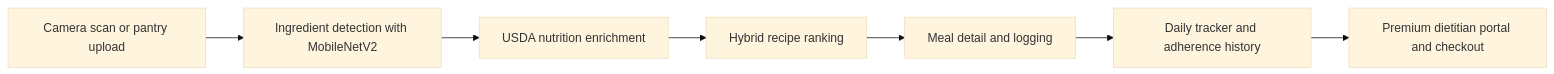
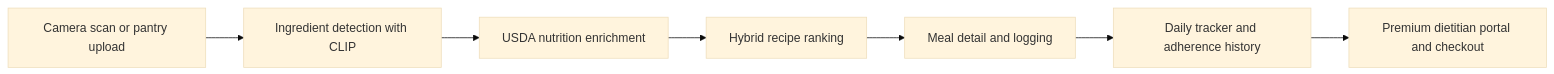
Before and after one commit to adityatiwari9t8/nutrisync: the diagram in README.md, drawn with Mermaid (base theme). The commit also changed other lines of this file and 12 other files, not shown here.

Commit message:
Improve pantry scanner accuracy and harden app flows

````diff
--- a/README.md
+++ b/README.md
@@ -35,9 +35,9 @@
 ```mermaid
 flowchart LR
-  A["Camera scan or pantry upload"] --> B["Ingredient detection with MobileNetV2"]
+  A["Camera scan or pantry upload"] --> B["Ingredient detection with CLIP"]
   B --> C["USDA nutrition enrichment"]
   C --> D["Hybrid recipe ranking"]
   D --> E["Meal detail and logging"]
   E --> F["Daily tracker and adherence history"]
   F --> G["Premium dietitian portal and checkout"]
 ```
````
